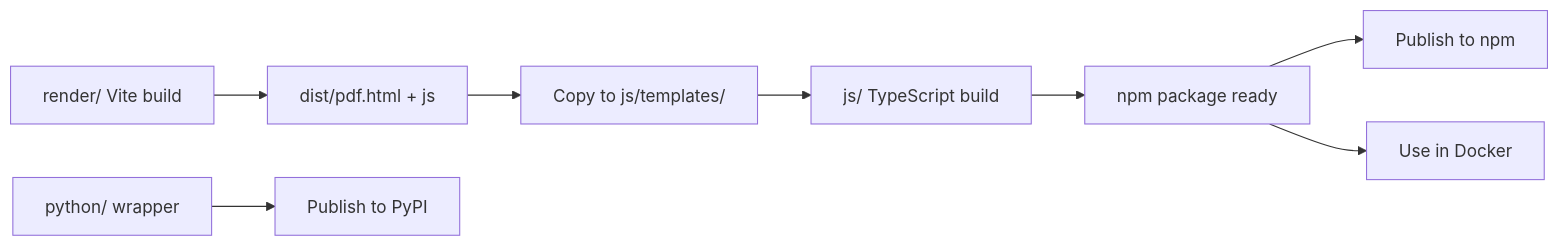
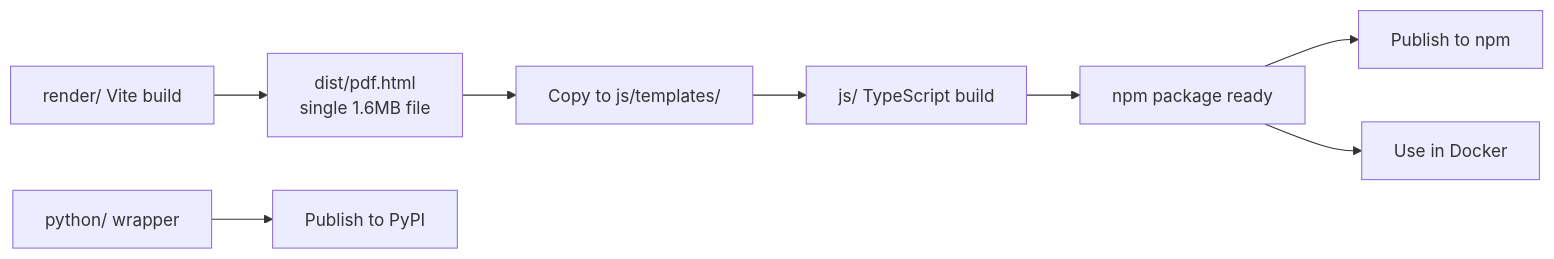
Before and after one commit to xiaoyuanzhu-com/screenitshot: the third of 4 diagrams in docs/tech-design.md, drawn with Mermaid. The commit also changed other lines of this file and 2 other files, not shown here.

````diff
--- a/docs/tech-design.md
+++ b/docs/tech-design.md
@@ -191,11 +228,11 @@
 ```mermaid
 flowchart LR
-    A[render/ Vite build] --> B[dist/pdf.html + js]
+    A[render/ Vite build] --> B[dist/pdf.html<br/>single 1.6MB file]
     B --> C[Copy to js/templates/]
     C --> D[js/ TypeScript build]
     D --> E[npm package ready]
     E --> F1[Publish to npm]
     E --> F2[Use in Docker]
 
     G[python/ wrapper] --> H[Publish to PyPI]
 ```
````
